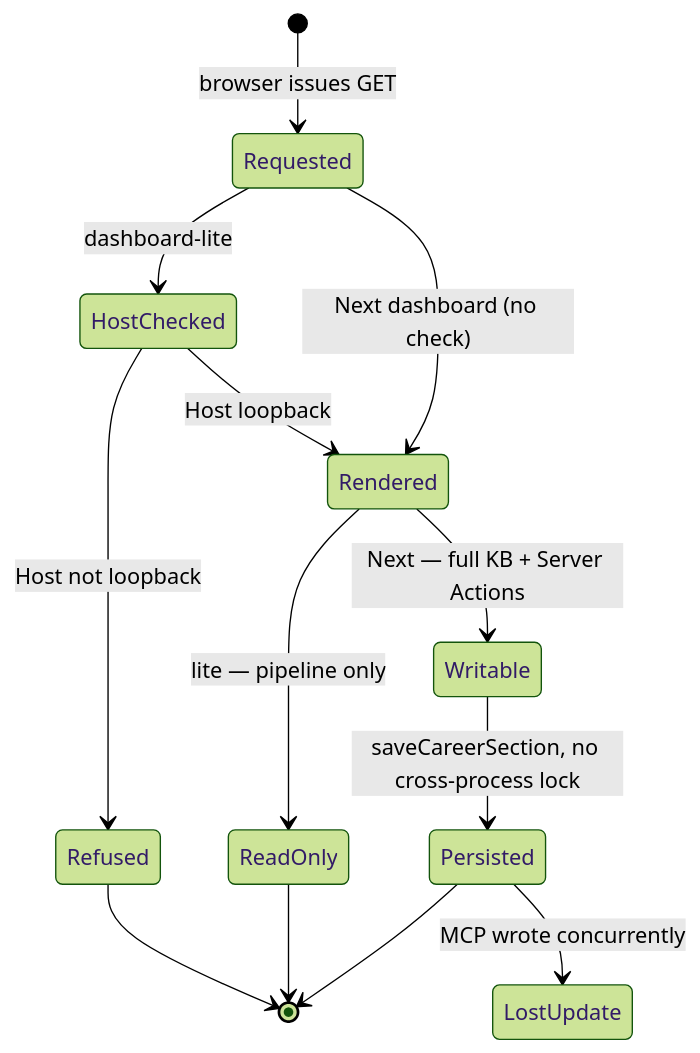
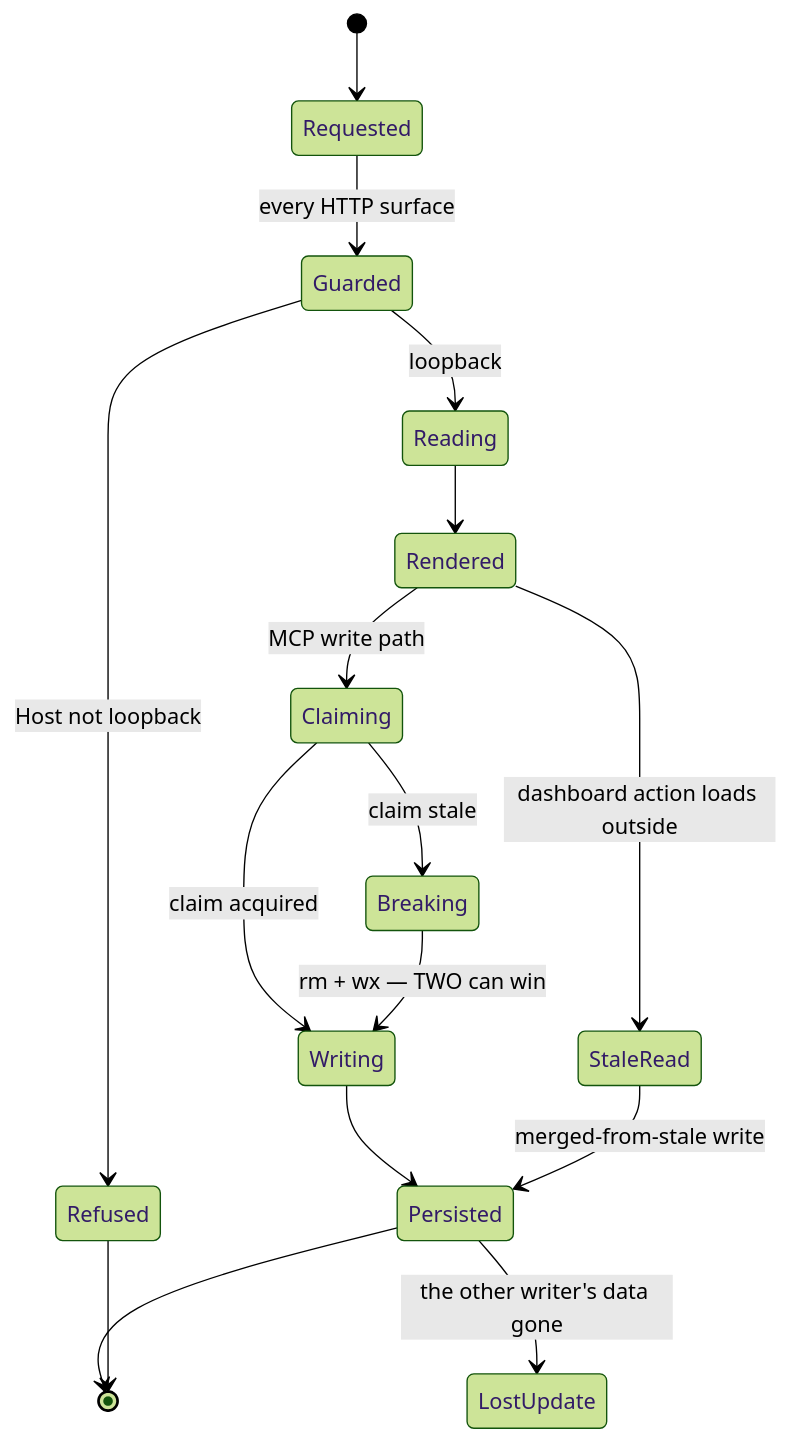
Before and after one commit to benskamps/career-compass-mcp: the diagram in docs/report/figures/cc-fig-03.mmd, drawn with Mermaid (forest theme). The commit also changed 16 other files, not shown here.

First line of the commit message:
docs: architectural gauntlet v2 — the inheritance-failure audit

```diff
--- a/docs/report/figures/cc-fig-03.mmd
+++ b/docs/report/figures/cc-fig-03.mmd
@@ -1,13 +1,18 @@
 stateDiagram-v2
-    [*] --> Requested: browser issues GET
-    Requested --> HostChecked: dashboard-lite
-    Requested --> Rendered: Next dashboard (no check)
-    HostChecked --> Refused: Host not loopback
-    HostChecked --> Rendered: Host loopback
-    Rendered --> ReadOnly: lite — pipeline only
-    Rendered --> Writable: Next — full KB + Server Actions
-    Writable --> Persisted: saveCareerSection, no cross-process lock
-    Persisted --> LostUpdate: MCP wrote concurrently
+    [*] --> Requested
+    Requested --> Guarded: every HTTP surface
+    Guarded --> Refused: Host not loopback
+    Guarded --> Reading: loopback
+    Reading --> Rendered
+    Rendered --> Claiming: MCP write path
+    Rendered --> StaleRead: dashboard action loads outside
+    Claiming --> Writing: claim acquired
+    Claiming --> Breaking: claim stale
+    Breaking --> Writing: rm + wx — TWO can win
+    Writing --> Persisted
+    StaleRead --> Persisted: merged-from-stale write
+    Persisted --> LostUpdate: the other writer's data gone
     Persisted --> [*]
-    ReadOnly --> [*]
     Refused --> [*]
+    classDef bad fill:#3a2118,stroke:#c4744a,stroke-width:2px,color:#f0e2d0;
+    class LostUpdate bad;
```
